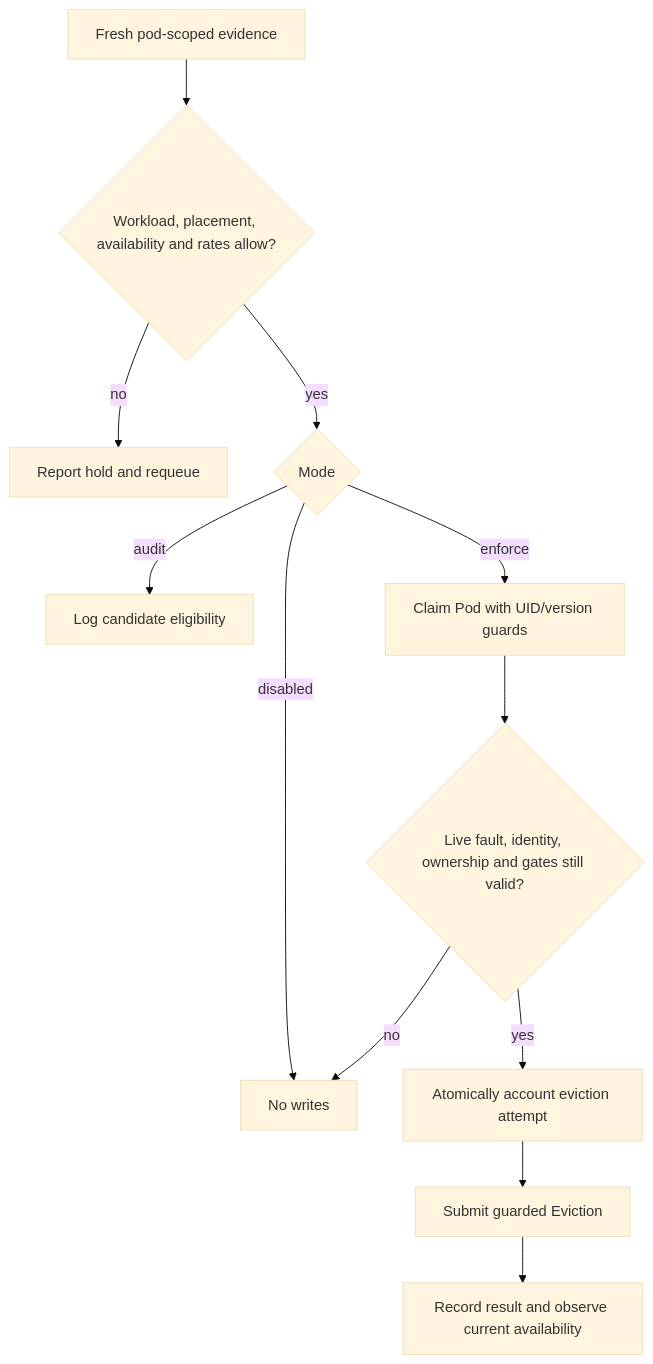
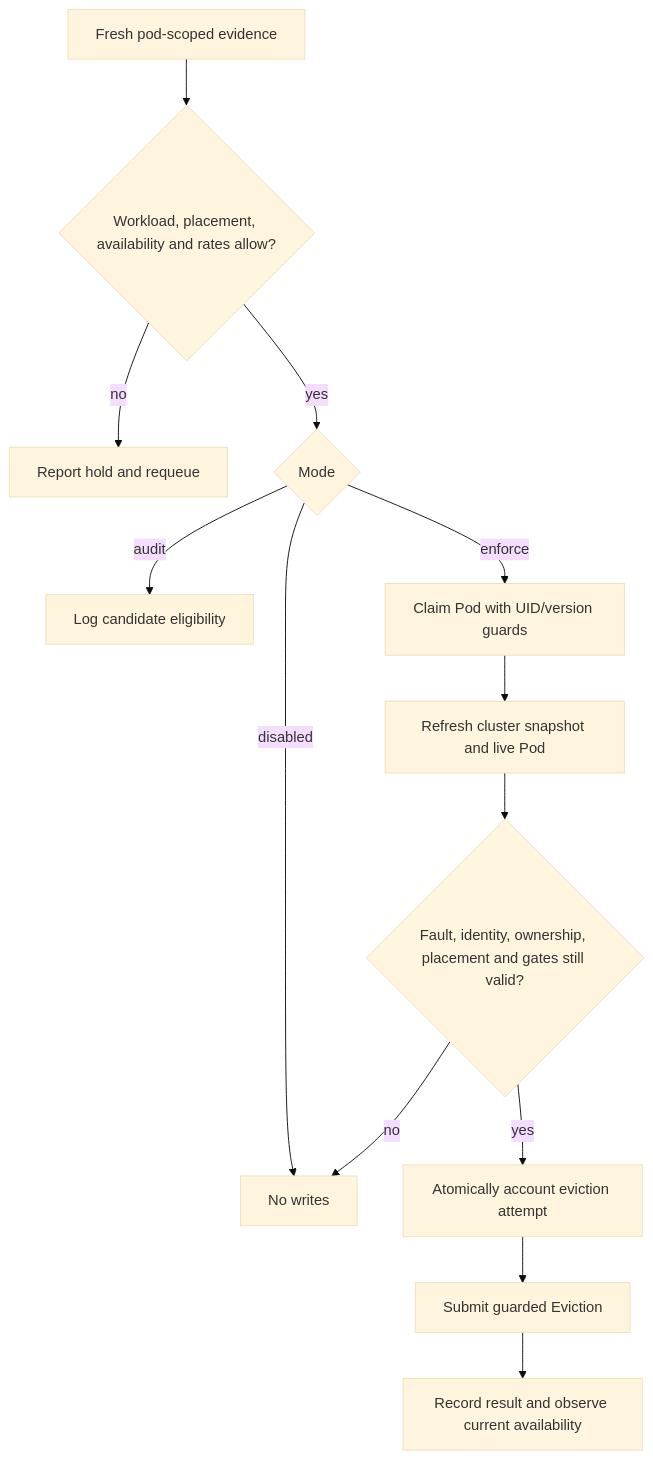
The first of 2 diagrams in docs/controllers/node-mitigation.md (Azure/ARO-HCP), drawn with Mermaid (base theme) before and after one commit. The commit also changed other lines of this file and 4 other files, not shown here.

````diff
--- a/docs/controllers/node-mitigation.md
+++ b/docs/controllers/node-mitigation.md
@@ -70,14 +94,15 @@
 ```mermaid
 flowchart TD
     S["Fresh pod-scoped evidence"] --> A{"Workload, placement, availability and rates allow?"}
     A -- no --> H["Report hold and requeue"]
     A -- yes --> M{"Mode"}
     M -- disabled --> X["No writes"]
     M -- audit --> L["Log candidate eligibility"]
     M -- enforce --> C["Claim Pod with UID/version guards"]
-    C --> R{"Live fault, identity, ownership and gates still valid?"}
+    C --> F["Refresh cluster snapshot and live Pod"]
+    F --> R{"Fault, identity, ownership, placement and gates still valid?"}
     R -- no --> X
     R -- yes --> B["Atomically account eviction attempt"]
     B --> E["Submit guarded Eviction"]
     E --> O["Record result and observe current availability"]
 ```
````
